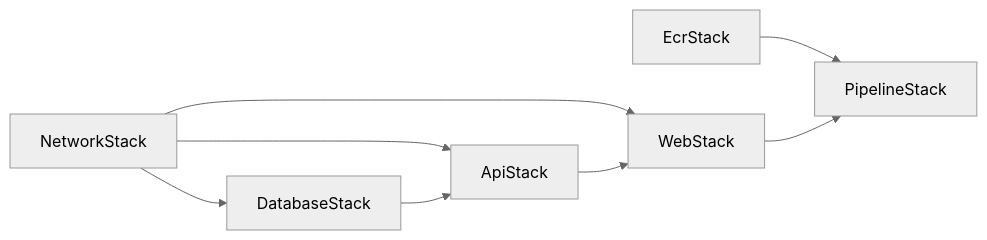
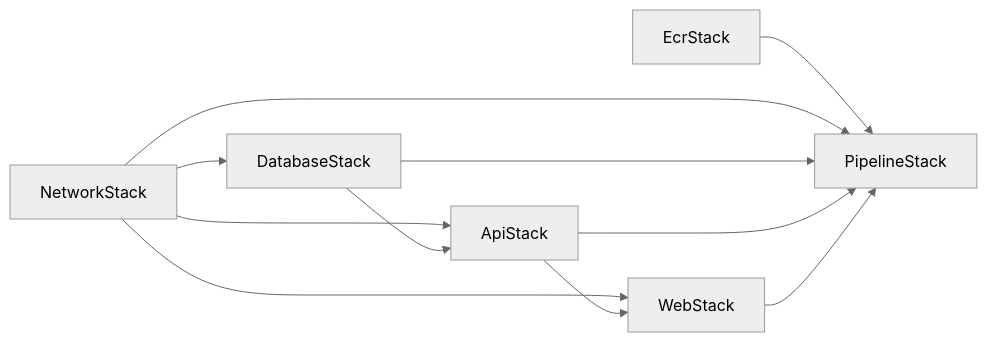
Before and after one commit to kenwoo9y/forge-ts-example: the second of 5 diagrams in docs/infra-architecture.md, drawn with Mermaid (neutral theme). The commit also changed other lines of this file, not shown here.

````diff
--- a/docs/infra-architecture.md
+++ b/docs/infra-architecture.md
@@ -92,10 +92,13 @@
 ```mermaid
 graph LR
     NS[NetworkStack] --> DS[DatabaseStack]
     NS --> AS[ApiStack]
     NS --> WS[WebStack]
     DS --> AS
     AS --> WS
     ECR[EcrStack] --> PS[PipelineStack]
+    NS --> PS
+    DS --> PS
+    AS --> PS
     WS --> PS
 ```
````
